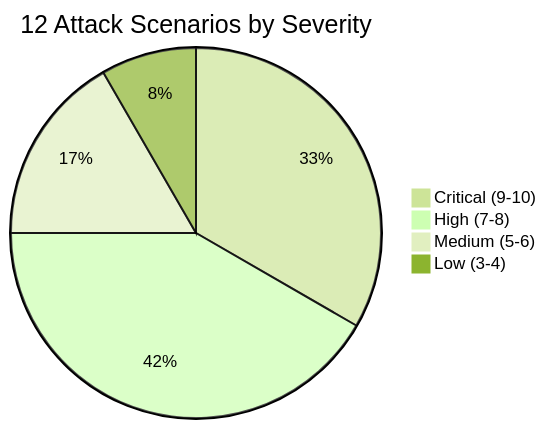
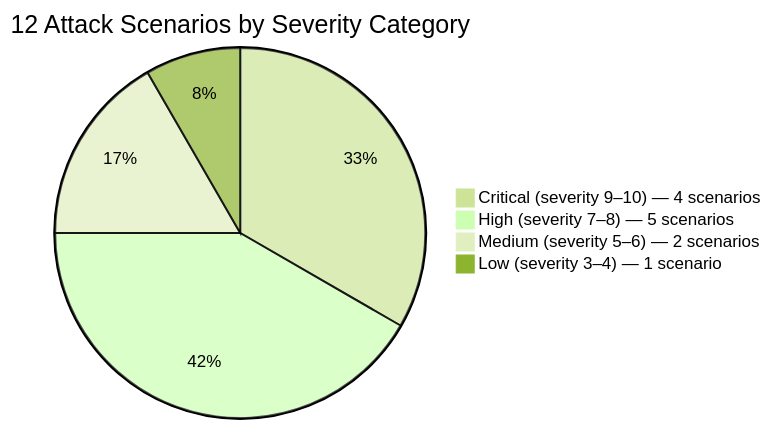
Diagram 14 of 20 in docs/CAPSTONE_FIGURES.md (Alqaly/smart-city-ids), drawn with Mermaid (forest theme) before and after one commit. The commit also changed other lines of this file, not shown here.

First line of the commit message:
Improve figures file: exact placement labels + enhanced diagrams

````diff
--- a/docs/CAPSTONE_FIGURES.md
+++ b/docs/CAPSTONE_FIGURES.md
@@ -599,7 +618,7 @@
 ```mermaid
-pie title 12 Attack Scenarios by Severity
-    "Critical (9-10)" : 4
-    "High (7-8)" : 5
-    "Medium (5-6)" : 2
-    "Low (3-4)" : 1
+pie title 12 Attack Scenarios by Severity Category
+    "Critical (severity 9–10) — 4 scenarios" : 4
+    "High (severity 7–8) — 5 scenarios" : 5
+    "Medium (severity 5–6) — 2 scenarios" : 2
+    "Low (severity 3–4) — 1 scenario" : 1
 ```
````
